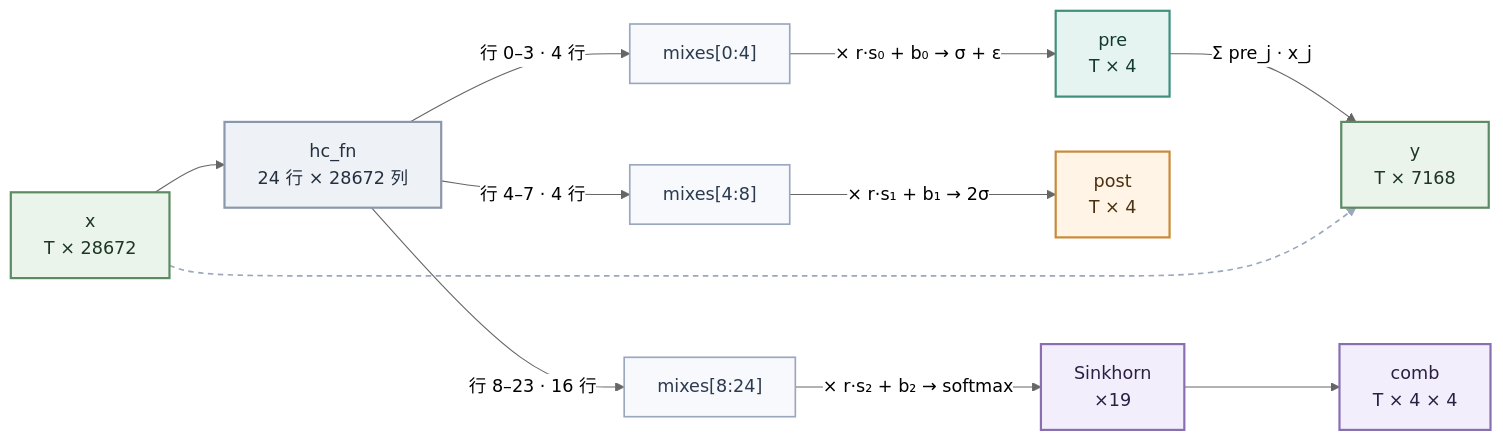
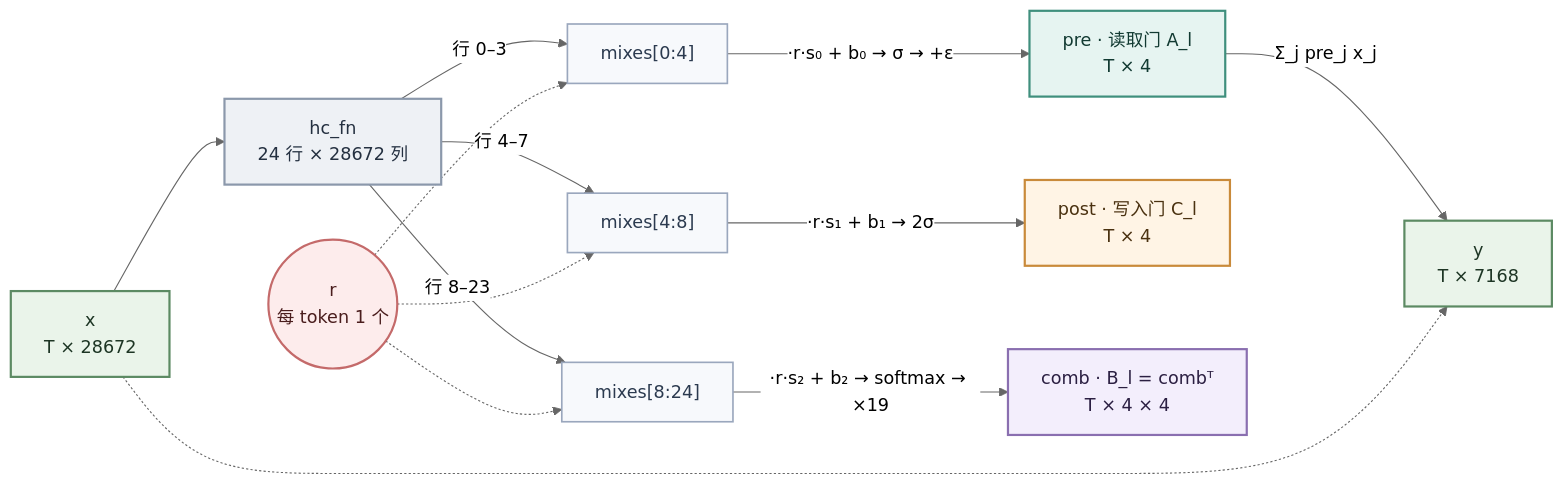
Before and after one commit to GoCHug/vllm-ascend: the seventh of 11 diagrams in vllm_ascend/models/deepseek_v4/dsv4_docs/mhc.md, drawn with Mermaid (neutral theme). The commit also changed other lines of this file, not shown here.

````diff
--- a/vllm_ascend/models/deepseek_v4/dsv4_docs/mhc.md
+++ b/vllm_ascend/models/deepseek_v4/dsv4_docs/mhc.md
@@ -549,26 +563,30 @@
 ```mermaid
 flowchart LR
     X["x<br/>T × 28672"] --> W["hc_fn<br/>24 行 × 28672 列"]
-    W -->|"行 0–3 · 4 行"| M0["mixes[0:4]"]
-    W -->|"行 4–7 · 4 行"| M1["mixes[4:8]"]
-    W -->|"行 8–23 · 16 行"| M2["mixes[8:24]"]
-    M0 -->|"× r·s₀ + b₀ → σ + ε"| PRE["pre<br/>T × 4"]
-    M1 -->|"× r·s₁ + b₁ → 2σ"| POST["post<br/>T × 4"]
-    M2 -->|"× r·s₂ + b₂ → softmax"| SM["Sinkhorn<br/>×19"]
-    SM --> COMB["comb<br/>T × 4 × 4"]
-    PRE -->|"Σ pre_j · x_j"| Y["y<br/>T × 7168"]
+    W -->|"行 0–3"| M0["mixes[0:4]"]
+    W -->|"行 4–7"| M1["mixes[4:8]"]
+    W -->|"行 8–23"| M2["mixes[8:24]"]
+    R(("r<br/>每 token 1 个"))
+    R -.-> M0
+    R -.-> M1
+    R -.-> M2
+    M0 -->|"·r·s₀ + b₀ → σ → +ε"| PRE["pre · 读取门 A_l<br/>T × 4"]
+    M1 -->|"·r·s₁ + b₁ → 2σ"| POST["post · 写入门 C_l<br/>T × 4"]
+    M2 -->|"·r·s₂ + b₂ → softmax → ×19"| COMB["comb · B_l = combᵀ<br/>T × 4 × 4"]
+    PRE -->|"Σ_j pre_j x_j"| Y["y<br/>T × 7168"]
     X -.-> Y
-    linkStyle 9 stroke:#9aa7bd,stroke-width:1.5px,stroke-dasharray:5 4;
     classDef io fill:#eaf4ea,stroke:#5c8a63,stroke-width:2px,color:#1d3524;
     classDef param fill:#eef1f5,stroke:#8b98ab,stroke-width:2px,color:#243040;
     classDef slice fill:#f7f9fc,stroke:#9aa7bd,stroke-width:1.5px,color:#2b3a4f;
     classDef pre fill:#e6f4f1,stroke:#3f8f7d,stroke-width:2px,color:#123a32;
     classDef post fill:#fff4e5,stroke:#c98a3a,stroke-width:2px,color:#4a3110;
     classDef comb fill:#f3eefc,stroke:#8a6fb0,stroke-width:2px,color:#2b1f42;
+    classDef scal fill:#fdecec,stroke:#c46a6a,stroke-width:2px,color:#4a1d1d;
     class X,Y io;
     class W param;
     class M0,M1,M2 slice;
+    class R scal;
     class PRE pre;
     class POST post;
-    class SM,COMB comb;
+    class COMB comb;
 ```
````
